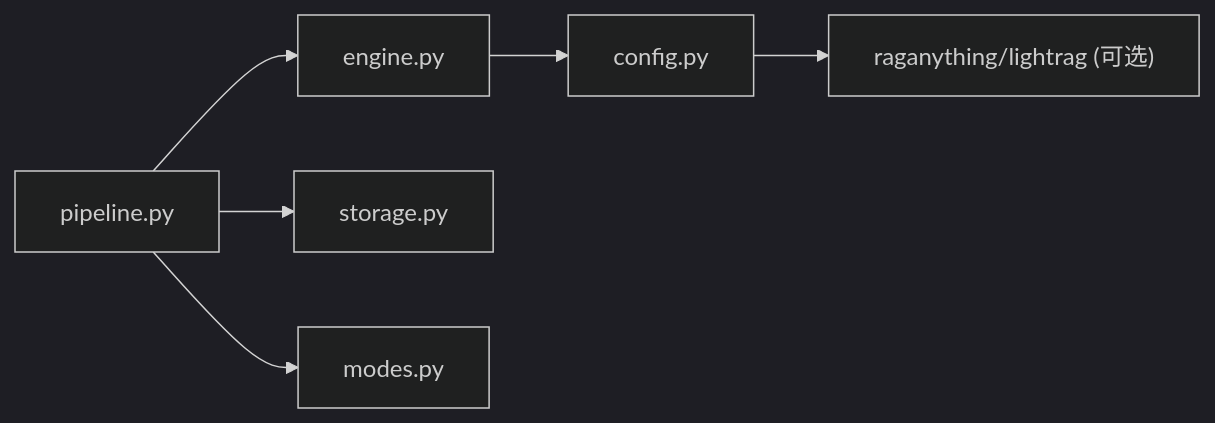
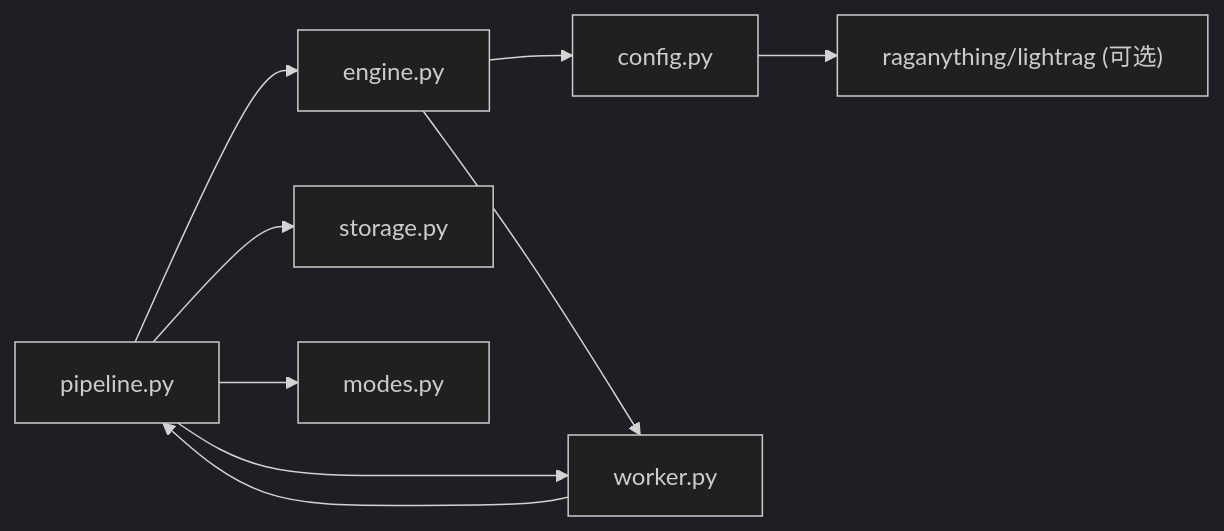
One commit to gongzili456/DeepTutor changed the sixth of 6 diagrams in .qoder/repowiki/zh/content/项目概述/核心特性概览/多引擎知识库/LightRAG管道.md. Above: the diagram before and after it, drawn with Mermaid (dark theme). The commit also changed other lines of this file and 821 other files, not shown here.

````diff
--- a/.qoder/repowiki/zh/content/项目概述/核心特性概览/多引擎知识库/LightRAG管道.md
+++ b/.qoder/repowiki/zh/content/项目概述/核心特性概览/多引擎知识库/LightRAG管道.md
@@ -189,8 +250,11 @@
 ```mermaid
 graph LR
 PIPE["pipeline.py"] --> ENG["engine.py"]
 PIPE --> STO["storage.py"]
 PIPE --> MOD["modes.py"]
+PIPE --> WRK["worker.py"]
 ENG --> CFG["config.py"]
+ENG --> WRK
 CFG --> EXT["raganything/lightrag (可选)"]
+WRK --> PIPE
 ```
````
